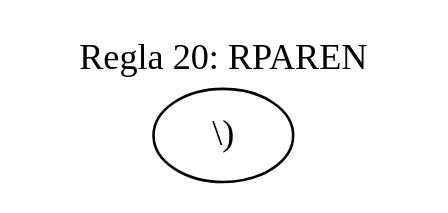
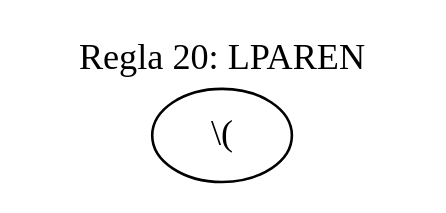
The diagram in output/ast_regla_20.dot (Isabella1911/Compis), drawn with Graphviz before and after one commit. The commit also changed 28 other files, not shown here.

```diff
--- a/output/ast_regla_20.dot
+++ b/output/ast_regla_20.dot
@@ -1,8 +1,8 @@
 digraph AST {
   rankdir=TB;
   ranksep=0.8;
   labelloc=t;
-  label="Regla 20: RPAREN";
+  label="Regla 20: LPAREN";
   fontsize=14;
-  0 [label="\\)"];
+  0 [label="\\("];
 }
```
